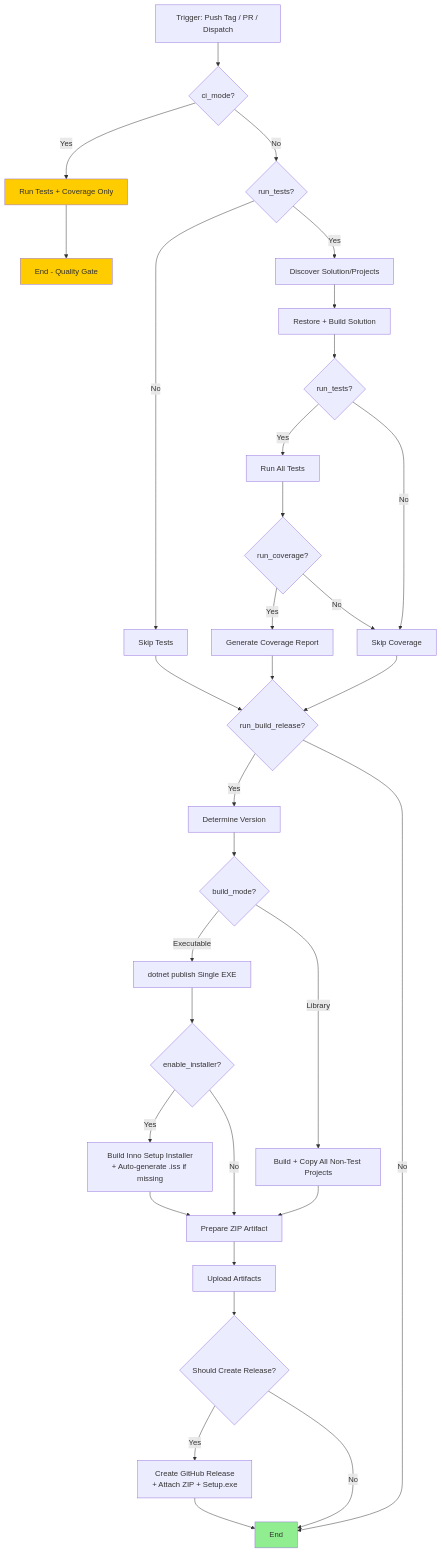
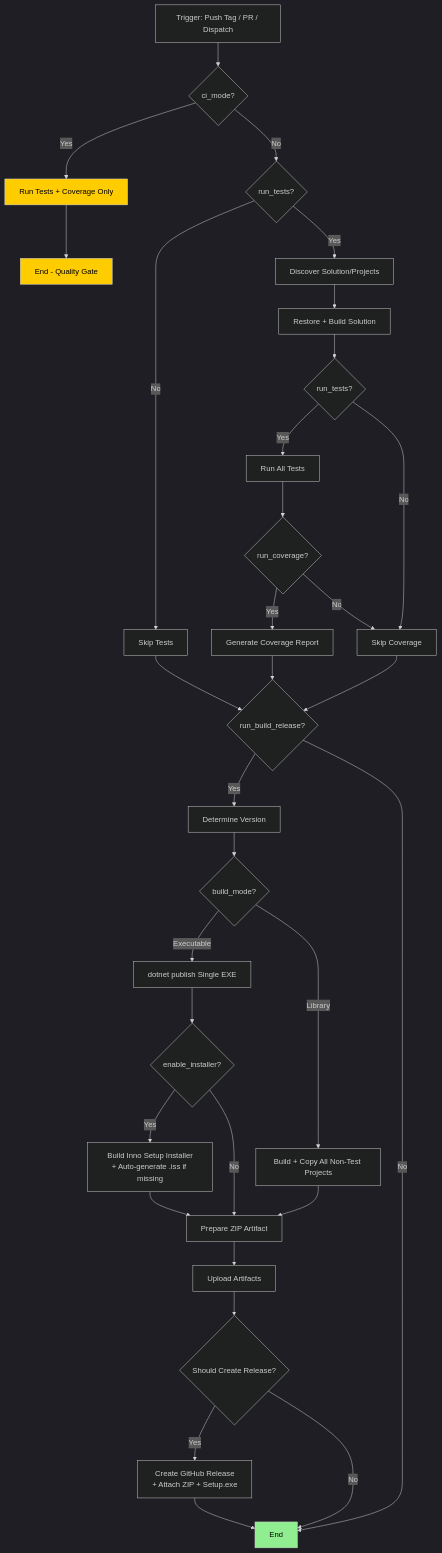
Before and after one commit to ScottyMac52/shared-github-workflows: the diagram in README.md, drawn with Mermaid.

Commit message:
Enhance flowchart styles in README
Updated flowchart styles for better visibility.

````diff
--- a/README.md
+++ b/README.md
@@ -5,37 +5,38 @@
 ```mermaid
+%%{init: {'theme': 'dark'}}%%
 flowchart TD
     A[Trigger: Push Tag / PR / Dispatch] --> B{ci_mode?}
     B -->|Yes| C[Run Tests + Coverage Only]
     B -->|No| D{run_tests?}
     D -->|No| E[Skip Tests]
     D -->|Yes| F[Discover Solution/Projects]
     F --> G[Restore + Build Solution]
     G --> H{run_tests?}
     H -->|Yes| I[Run All Tests]
     I --> J{run_coverage?}
     J -->|Yes| K[Generate Coverage Report]
     J -->|No| L[Skip Coverage]
     H -->|No| L
     C --> M[End - Quality Gate]
     K --> N{run_build_release?}
     L --> N
     E --> N
     N -->|Yes| O[Determine Version]
     N -->|No| Y[End]
     O --> P{build_mode?}
     P -->|Executable| Q[dotnet publish Single EXE]
     P -->|Library| R[Build + Copy All Non-Test Projects]
     Q --> S{enable_installer?}
     S -->|Yes| T[Build Inno Setup Installer\n+ Auto-generate .iss if missing]
     S -->|No| U[Prepare ZIP Artifact]
     R --> U
     T --> U
     U --> V[Upload Artifacts]
     V --> W{Should Create Release?}
     W -->|Yes| X[Create GitHub Release\n+ Attach ZIP + Setup.exe]
     W -->|No| Y[End]
     X --> Y
-    style C fill:#ffcc00
-    style M fill:#ffcc00
-    style Y fill:#90EE90
+    style C fill:#ffcc00,color:#000
+    style M fill:#ffcc00,color:#000
+    style Y fill:#90EE90,color:#000
 ```
````
